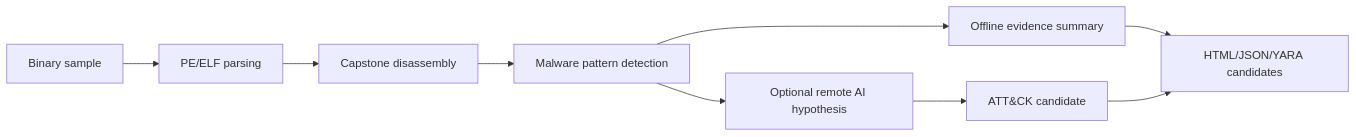
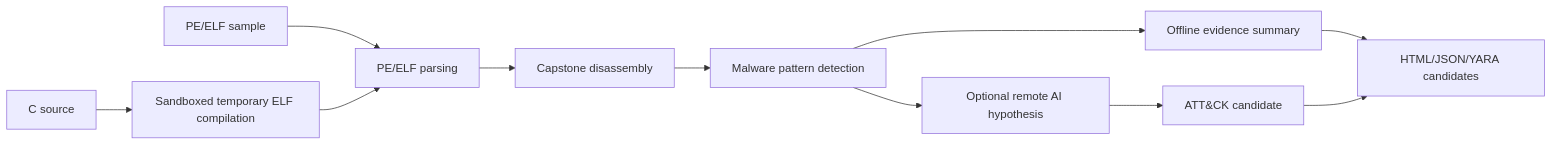
Before and after one commit to anpa1200/AIDebug: the diagram in README.md, drawn with Mermaid. The commit also changed other lines of this file and 28 other files, not shown here.

````diff
--- a/README.md
+++ b/README.md
@@ -154,11 +190,13 @@
 ```mermaid
 flowchart LR
-  Sample[Binary sample] --> Parse[PE/ELF parsing]
+  Sample[PE/ELF sample] --> Parse[PE/ELF parsing]
+  Source[C source] --> Compile[Sandboxed temporary ELF compilation]
+  Compile --> Parse
   Parse --> Disasm[Capstone disassembly]
   Disasm --> Patterns[Malware pattern detection]
   Patterns --> Offline[Offline evidence summary]
   Patterns --> Remote[Optional remote AI hypothesis]
   Remote --> Attack[ATT&CK candidate]
   Offline --> Report[HTML/JSON/YARA candidates]
   Attack --> Report
 ```
````
